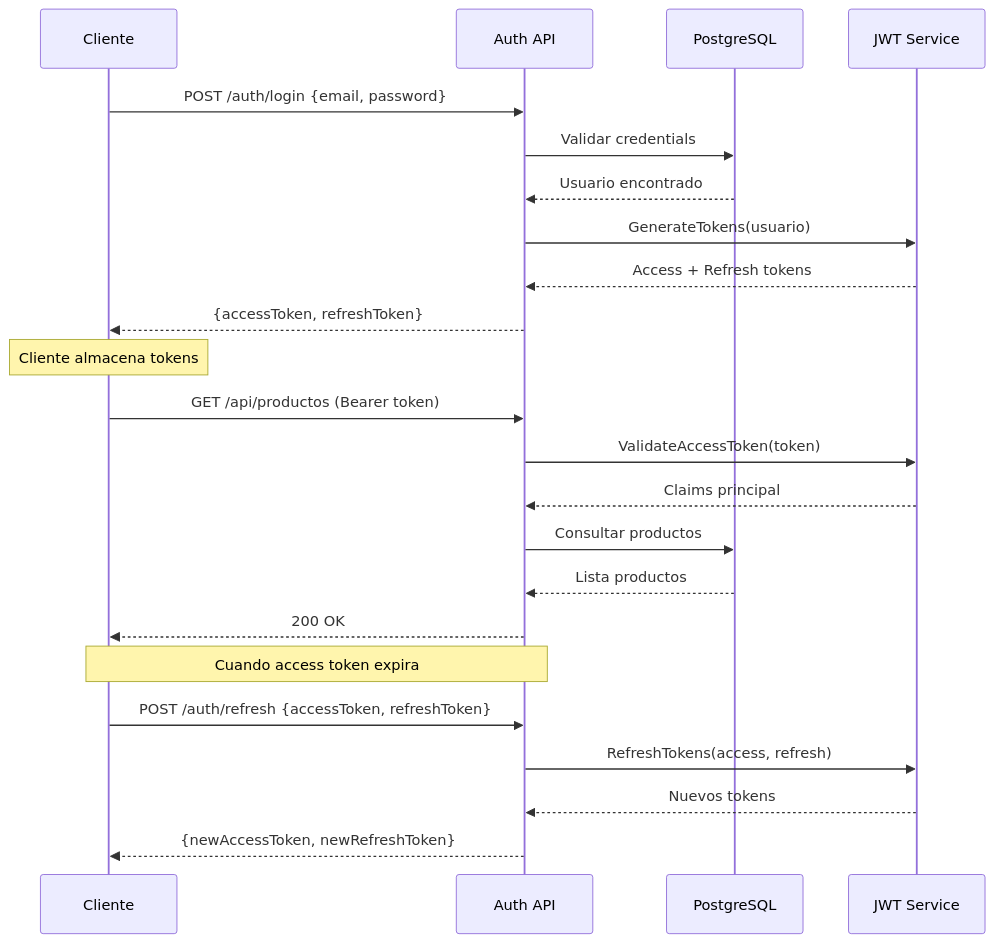
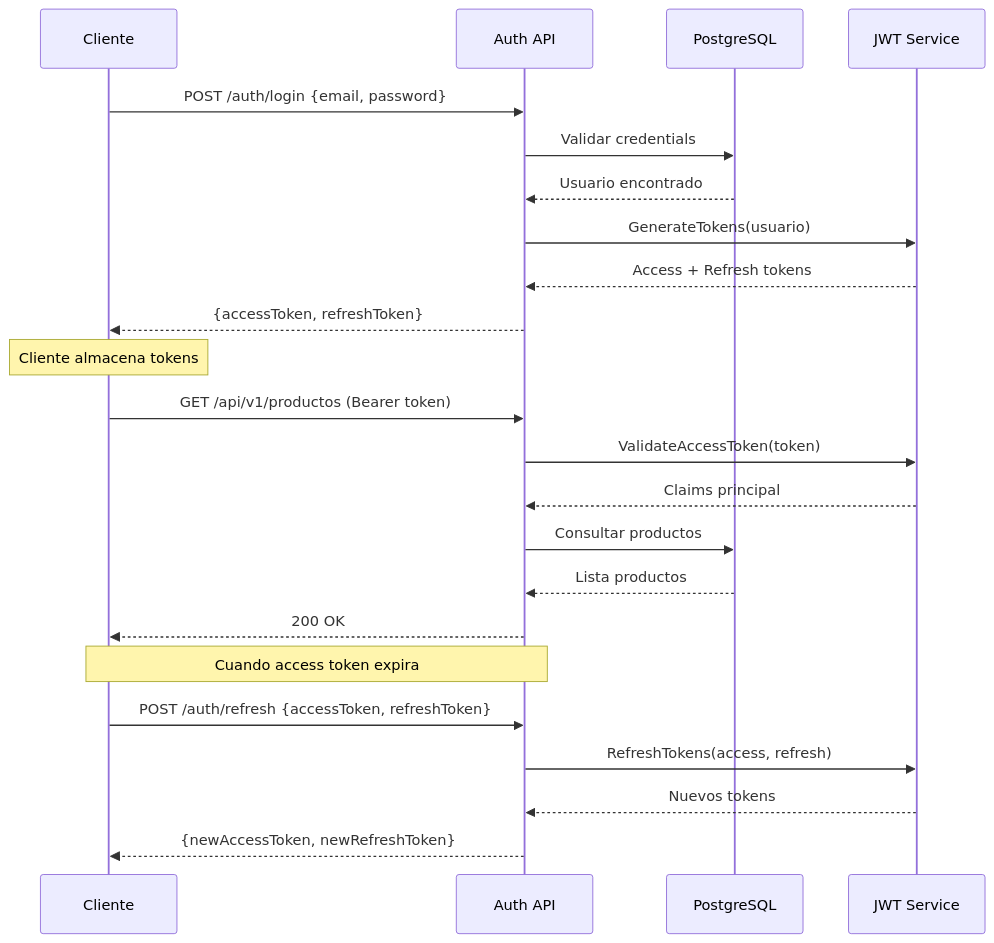
Diagram 28 of 29 in doc/15-jwt-authentication.md (joseluisgs/TiendaDawApi-NetCore), drawn with Mermaid before and after one commit. The commit also changed other lines of this file and 237 other files, not shown here.

````diff
--- a/doc/15-jwt-authentication.md
+++ b/doc/15-jwt-authentication.md
@@ -1968,30 +1968,30 @@
 ```mermaid
 sequenceDiagram
     participant U as Cliente
     participant A as Auth API
     participant DB as PostgreSQL
     participant J as JWT Service
     
     U->>A: POST /auth/login {email, password}
     A->>DB: Validar credentials
     DB-->>A: Usuario encontrado
     A->>J: GenerateTokens(usuario)
     J-->>A: Access + Refresh tokens
     A-->>U: {accessToken, refreshToken}
     
     Note over U: Cliente almacena tokens
     
-    U->>A: GET /api/productos (Bearer token)
+    U->>A: GET /api/v1/productos (Bearer token)
     A->>J: ValidateAccessToken(token)
     J-->>A: Claims principal
     A->>DB: Consultar productos
     DB-->>A: Lista productos
     A-->>U: 200 OK
     
     Note over U, A: Cuando access token expira
     
     U->>A: POST /auth/refresh {accessToken, refreshToken}
     A->>J: RefreshTokens(access, refresh)
     J-->>A: Nuevos tokens
     A-->>U: {newAccessToken, newRefreshToken}
 ```
````
